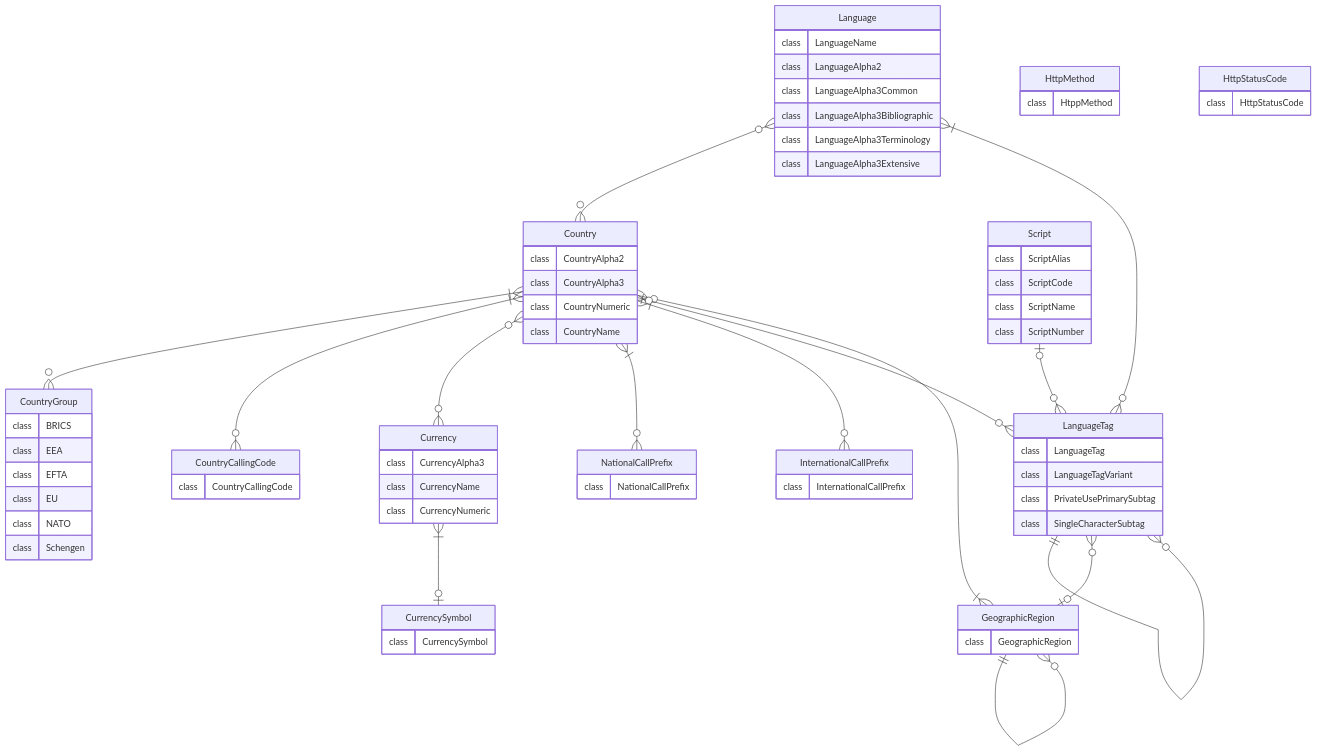
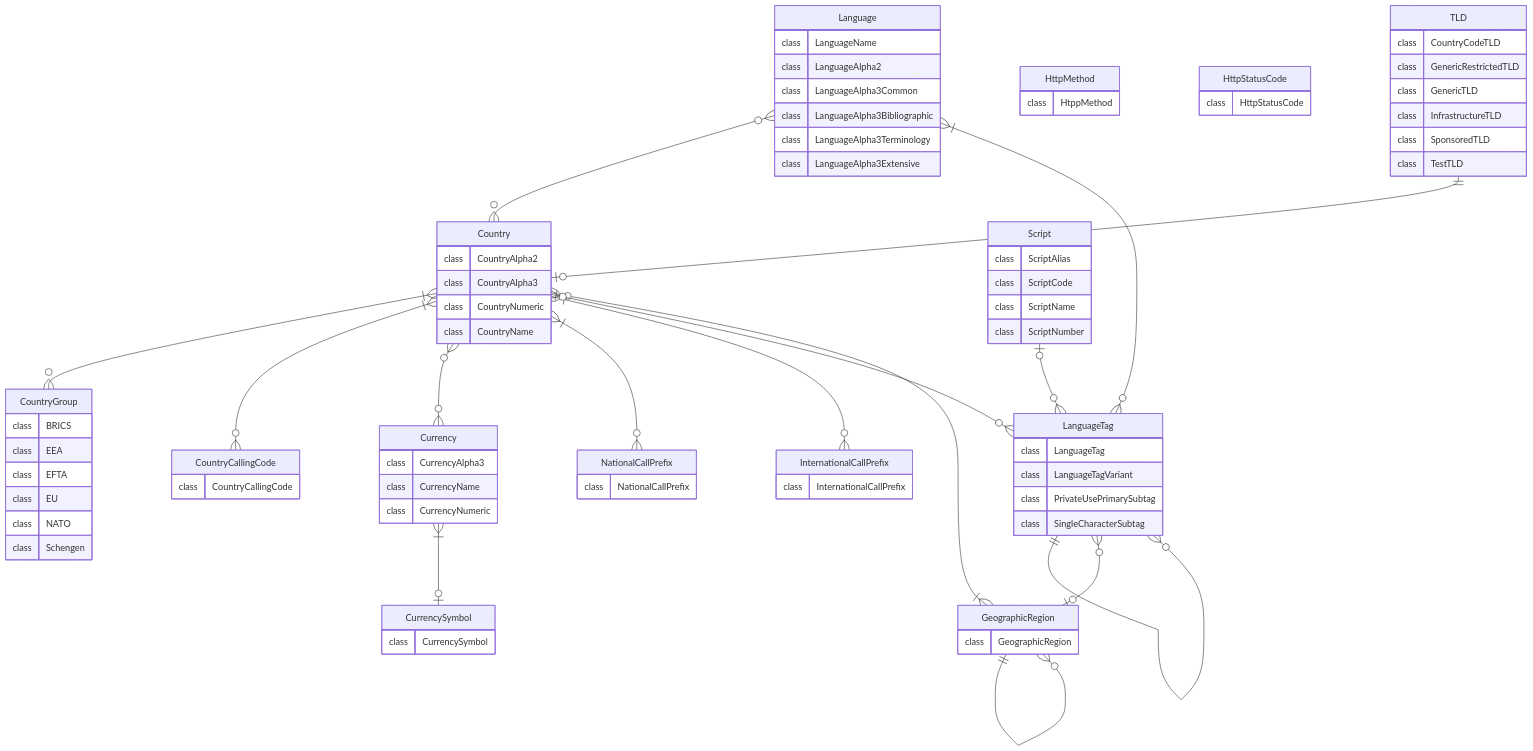
The first of 3 diagrams in README.md (PrinsFrank/standards), drawn with Mermaid before and after one commit. The commit also changed other lines of this file and 6 other files, not shown here.

````diff
--- a/README.md
+++ b/README.md
@@ -102,6 +102,14 @@
     HttpStatusCode {
         class HttpStatusCode
     }
+    TLD {
+        class CountryCodeTLD
+        class GenericRestrictedTLD
+        class GenericTLD
+        class InfrastructureTLD
+        class SponsoredTLD
+        class TestTLD
+    }
 
     GeographicRegion }|--o{ Country: ""
     GeographicRegion ||--o{ GeographicRegion: ""
@@ -116,5 +124,6 @@
     Language }|--o{ LanguageTag: ""
     Script |o--o{ LanguageTag: ""
     Country |o--o{ LanguageTag: ""
+    TLD ||--o| Country: ""
     LanguageTag }o--o| GeographicRegion: ""
 ```
````
